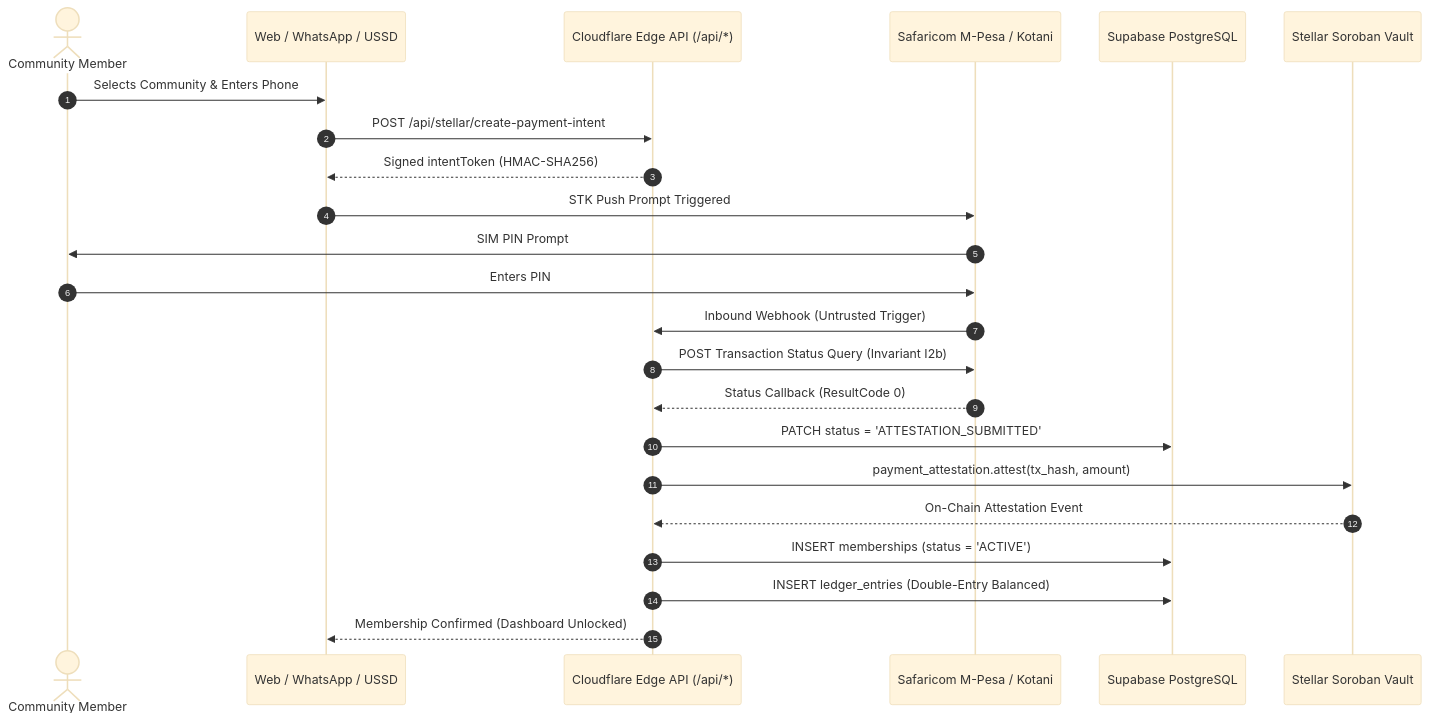
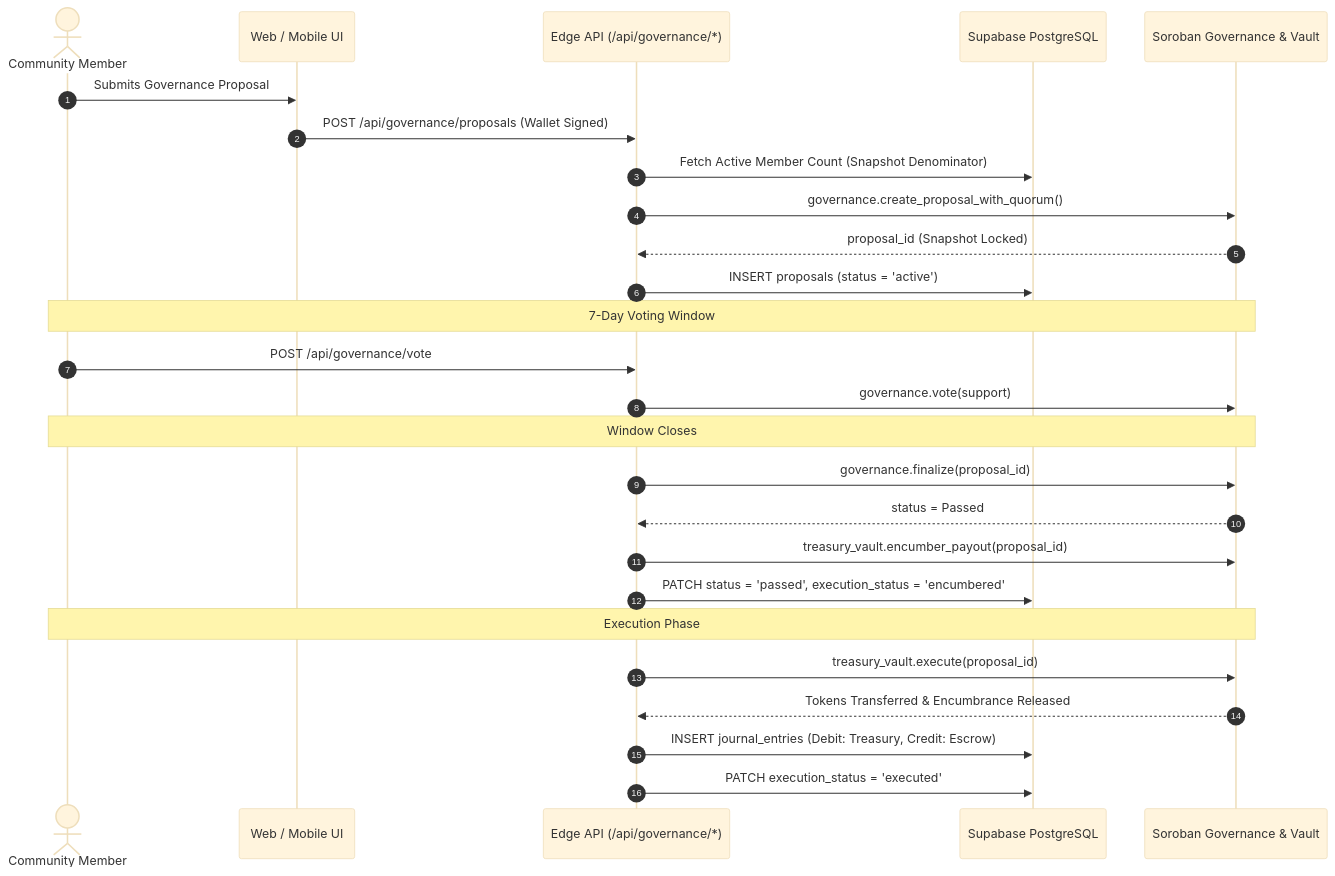
Before and after one commit to Azizudinly/baraza-protocol: the second of 2 diagrams in BACKEND_CODE_MAP.md, drawn with Mermaid (base theme). The commit also changed other lines of this file and 34 other files, not shown here.

First line of the commit message:
Implement Phase P1 dynamic fee engine, governance hardening, and migration (#79)

````diff
--- a/BACKEND_CODE_MAP.md
+++ b/BACKEND_CODE_MAP.md
@@ -320,26 +233,32 @@
 ```mermaid
 sequenceDiagram
     autonumber
     actor Member as Community Member
-    participant UI as Web / WhatsApp / USSD
-    participant API as Cloudflare Edge API (/api/*)
-    participant Safaricom as Safaricom M-Pesa / Kotani
+    participant UI as Web / Mobile UI
+    participant API as Edge API (/api/governance/*)
     participant DB as Supabase PostgreSQL
-    participant Chain as Stellar Soroban Vault
+    participant Chain as Soroban Governance & Vault
 
-    Member->>UI: Selects Community & Enters Phone
-    UI->>API: POST /api/stellar/create-payment-intent
-    API-->>UI: Signed intentToken (HMAC-SHA256)
-    UI->>Safaricom: STK Push Prompt Triggered
-    Safaricom->>Member: SIM PIN Prompt
-    Member->>Safaricom: Enters PIN
-    Safaricom->>API: Inbound Webhook (Untrusted Trigger)
-    API->>Safaricom: POST Transaction Status Query (Invariant I2b)
-    Safaricom-->>API: Status Callback (ResultCode 0)
-    API->>DB: PATCH status = 'ATTESTATION_SUBMITTED'
-    API->>Chain: payment_attestation.attest(tx_hash, amount)
-    Chain-->>API: On-Chain Attestation Event
-    API->>DB: INSERT memberships (status = 'ACTIVE')
-    API->>DB: INSERT ledger_entries (Double-Entry Balanced)
-    API-->>UI: Membership Confirmed (Dashboard Unlocked)
+    Member->>UI: Submits Governance Proposal
+    UI->>API: POST /api/governance/proposals (Wallet Signed)
+    API->>DB: Fetch Active Member Count (Snapshot Denominator)
+    API->>Chain: governance.create_proposal_with_quorum()
+    Chain-->>API: proposal_id (Snapshot Locked)
+    API->>DB: INSERT proposals (status = 'active')
+    
+    Note over Member,Chain: 7-Day Voting Window
+    Member->>API: POST /api/governance/vote
+    API->>Chain: governance.vote(support)
+    
+    Note over Member,Chain: Window Closes
+    API->>Chain: governance.finalize(proposal_id)
+    Chain-->>API: status = Passed
+    API->>Chain: treasury_vault.encumber_payout(proposal_id)
+    API->>DB: PATCH status = 'passed', execution_status = 'encumbered'
+
+    Note over Member,Chain: Execution Phase
+    API->>Chain: treasury_vault.execute(proposal_id)
+    Chain-->>API: Tokens Transferred & Encumbrance Released
+    API->>DB: INSERT journal_entries (Debit: Treasury, Credit: Escrow)
+    API->>DB: PATCH execution_status = 'executed'
 ```
````
